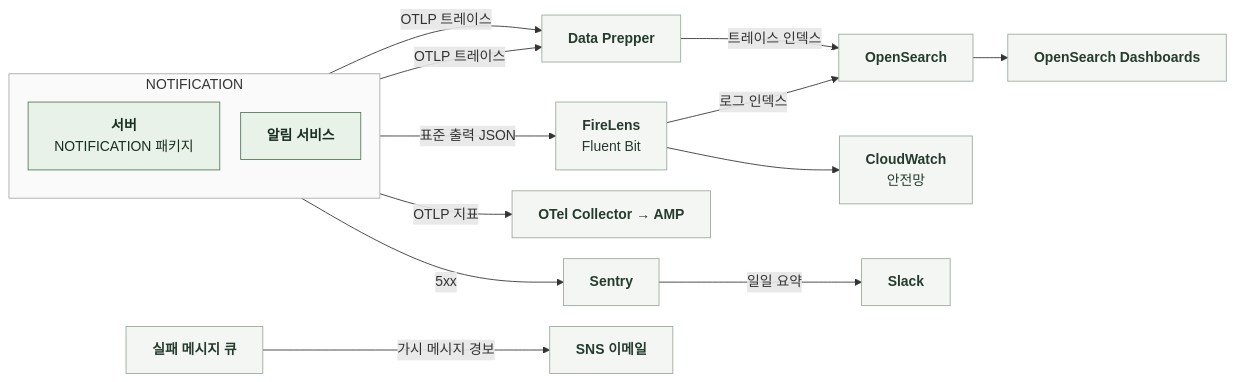
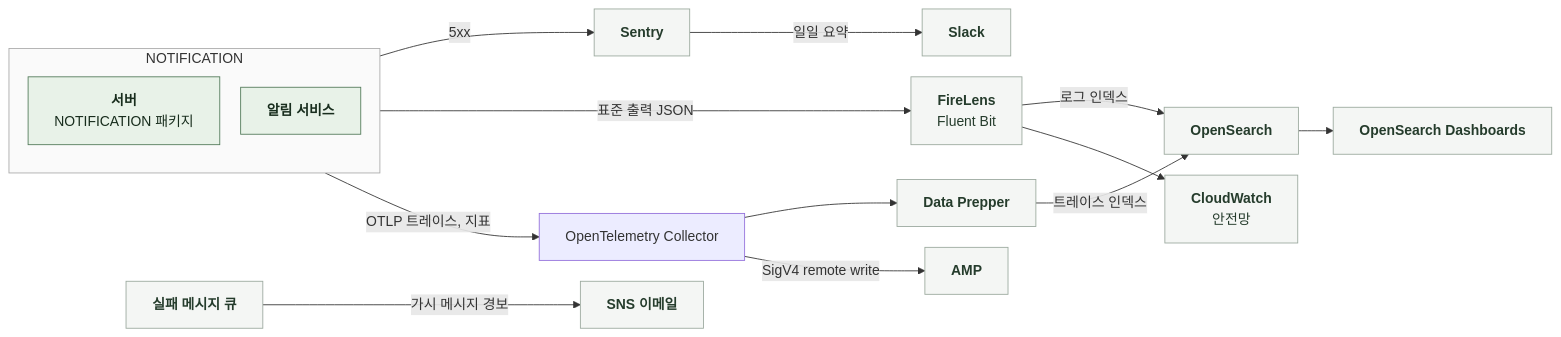
Before and after one commit to KIM-N-KANG/knk-harness: the diagram in docs/domain/NOTIFICATION/BACKEND/5-4-OBSERVABILITY.md, drawn with Mermaid. The commit also changed other lines of this file and 3 other files, not shown here.

````diff
--- a/docs/domain/NOTIFICATION/BACKEND/5-4-OBSERVABILITY.md
+++ b/docs/domain/NOTIFICATION/BACKEND/5-4-OBSERVABILITY.md
@@ -11,28 +11,28 @@
 ```mermaid
 %%{init: {"flowchart": {"curve": "basis", "nodeSpacing": 24, "rankSpacing": 40}}}%%
 flowchart LR
     subgraph U["NOTIFICATION"]
         direction TB
         S["`**서버**
 NOTIFICATION 패키지`"]
         N["`**알림 서비스**`"]
     end
     U -->|표준 출력 JSON| F["`**FireLens**
 Fluent Bit`"]
     F -->|로그 인덱스| OS["`**OpenSearch**`"]
     F --> CW["`**CloudWatch**
 안전망`"]
-    S -->|OTLP 트레이스| DP["`**Data Prepper**`"]
-    N -->|OTLP 트레이스| DP
+    U -->|OTLP 트레이스, 지표| C["OpenTelemetry Collector"]
+    C --> DP["`**Data Prepper**`"]
     DP -->|트레이스 인덱스| OS
     OS --> OD["`**OpenSearch Dashboards**`"]
-    S -->|OTLP 지표| G["`**OTel Collector → AMP**`"]
+    C -->|SigV4 remote write| G["`**AMP**`"]
     S -->|5xx| SE["`**Sentry**`"]
     SE -->|일일 요약| SL["`**Slack**`"]
     Q["`**실패 메시지 큐**`"] -->|가시 메시지 경보| SNS["`**SNS 이메일**`"]
     classDef comp fill:#E8F2E8,stroke:#527A59,color:#182D1D
     classDef ext fill:#F4F6F4,stroke:#9BA99E,color:#253C2C
     class S,N comp
     class F,OS,CW,DP,OD,G,SE,SL,Q,SNS ext
     style U fill:#FAFAFA,stroke:#AAAAAA
 ```
````
